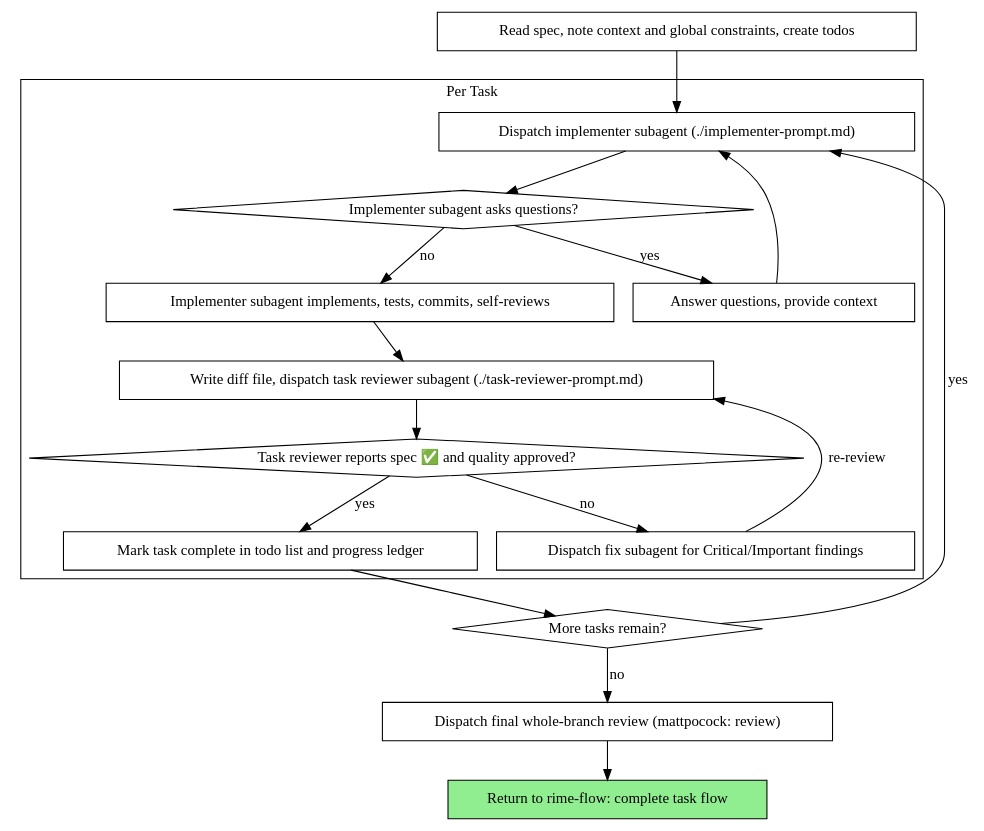
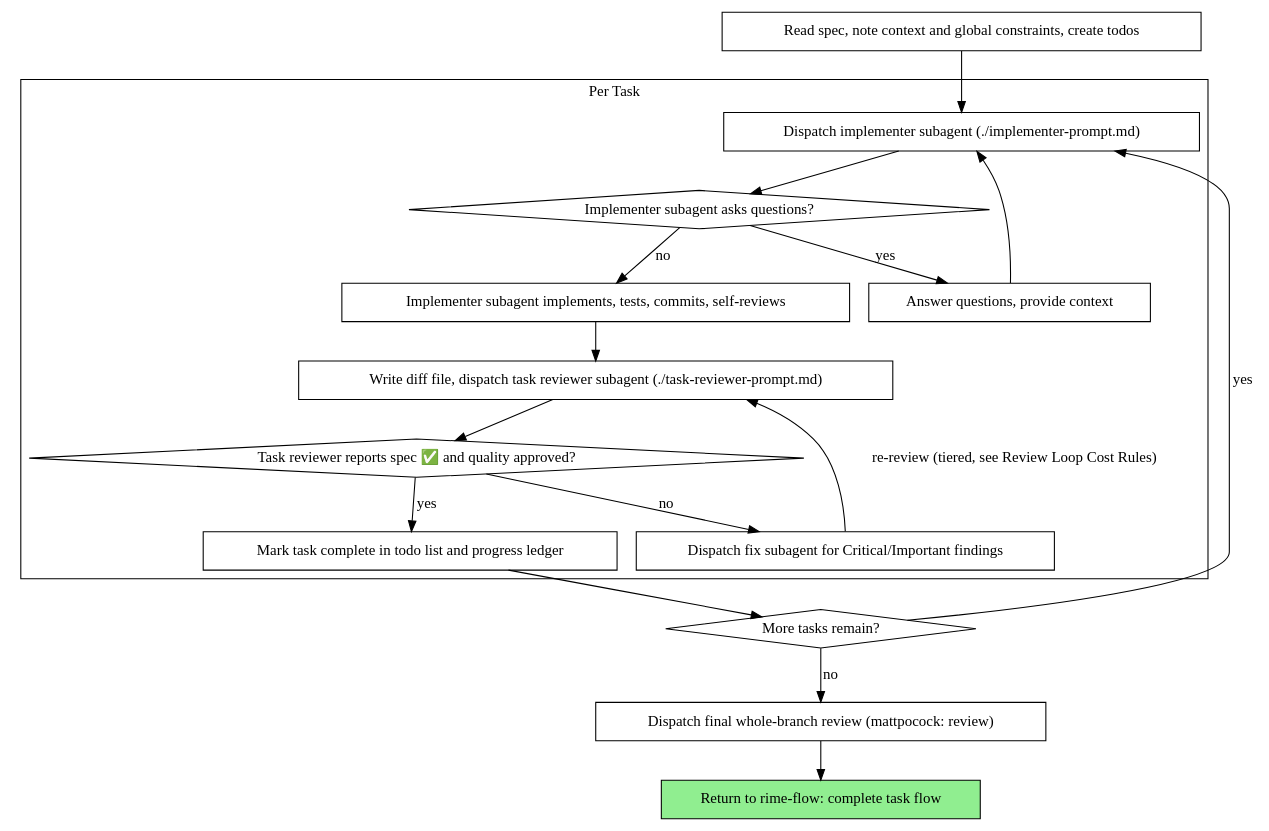
Before and after one commit to josui/rime-craft: the second of 2 diagrams in skills/rime-sdd/SKILL.md, drawn with Graphviz. The commit also changed other lines of this file and 2 other files, not shown here.

First line of the commit message:
update: SDD review 成本模型（复核分级 / reviewer 常驻 / 攒批）

````diff
--- a/skills/rime-sdd/SKILL.md
+++ b/skills/rime-sdd/SKILL.md
@@ -54,37 +54,37 @@
 ```dot
 digraph process {
     rankdir=TB;
 
     subgraph cluster_per_task {
         label="Per Task";
         "Dispatch implementer subagent (./implementer-prompt.md)" [shape=box];
         "Implementer subagent asks questions?" [shape=diamond];
         "Answer questions, provide context" [shape=box];
         "Implementer subagent implements, tests, commits, self-reviews" [shape=box];
         "Write diff file, dispatch task reviewer subagent (./task-reviewer-prompt.md)" [shape=box];
         "Task reviewer reports spec ✅ and quality approved?" [shape=diamond];
         "Dispatch fix subagent for Critical/Important findings" [shape=box];
         "Mark task complete in todo list and progress ledger" [shape=box];
     }
 
     "Read spec, note context and global constraints, create todos" [shape=box];
     "More tasks remain?" [shape=diamond];
     "Dispatch final whole-branch review (mattpocock: review)" [shape=box];
     "Return to rime-flow: complete task flow" [shape=box style=filled fillcolor=lightgreen];
 
     "Read spec, note context and global constraints, create todos" -> "Dispatch implementer subagent (./implementer-prompt.md)";
     "Dispatch implementer subagent (./implementer-prompt.md)" -> "Implementer subagent asks questions?";
     "Implementer subagent asks questions?" -> "Answer questions, provide context" [label="yes"];
     "Answer questions, provide context" -> "Dispatch implementer subagent (./implementer-prompt.md)";
     "Implementer subagent asks questions?" -> "Implementer subagent implements, tests, commits, self-reviews" [label="no"];
     "Implementer subagent implements, tests, commits, self-reviews" -> "Write diff file, dispatch task reviewer subagent (./task-reviewer-prompt.md)";
     "Write diff file, dispatch task reviewer subagent (./task-reviewer-prompt.md)" -> "Task reviewer reports spec ✅ and quality approved?";
     "Task reviewer reports spec ✅ and quality approved?" -> "Dispatch fix subagent for Critical/Important findings" [label="no"];
-    "Dispatch fix subagent for Critical/Important findings" -> "Write diff file, dispatch task reviewer subagent (./task-reviewer-prompt.md)" [label="re-review"];
+    "Dispatch fix subagent for Critical/Important findings" -> "Write diff file, dispatch task reviewer subagent (./task-reviewer-prompt.md)" [label="re-review (tiered, see Review Loop Cost Rules)"];
     "Task reviewer reports spec ✅ and quality approved?" -> "Mark task complete in todo list and progress ledger" [label="yes"];
     "Mark task complete in todo list and progress ledger" -> "More tasks remain?";
     "More tasks remain?" -> "Dispatch implementer subagent (./implementer-prompt.md)" [label="yes"];
     "More tasks remain?" -> "Dispatch final whole-branch review (mattpocock: review)" [label="no"];
     "Dispatch final whole-branch review (mattpocock: review)" -> "Return to rime-flow: complete task flow";
 }
 ```
````
